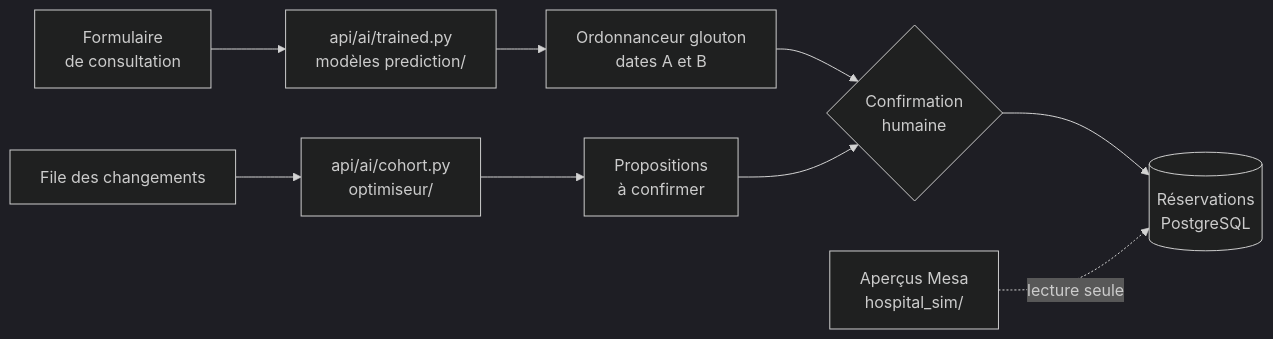
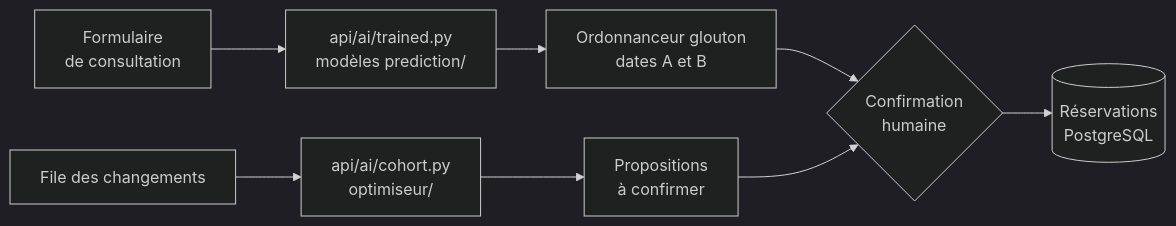
One commit to Kaua-Rbs/IA-et-Sante-groupe-2 changed the diagram in docs/integration-ia-kyst.md. Above: the diagram before and after it, drawn with Mermaid (dark theme). The commit also changed other lines of this file and 44 other files, not shown here.

````diff
--- a/docs/integration-ia-kyst.md
+++ b/docs/integration-ia-kyst.md
@@ -12,11 +11,10 @@
 ```mermaid
 flowchart LR
     F[Formulaire<br/>de consultation] --> P[api/ai/trained.py<br/>modèles prediction/]
     P --> G[Ordonnanceur glouton<br/>dates A et B]
     G --> C{Confirmation<br/>humaine}
     C --> R[(Réservations<br/>PostgreSQL)]
     Q[File des changements] --> O[api/ai/cohort.py<br/>optimiseur/]
     O --> PR[Propositions<br/>à confirmer]
     PR --> C
-    S[Aperçus Mesa<br/>hospital_sim/] -.lecture seule.-> R
 ```
````
